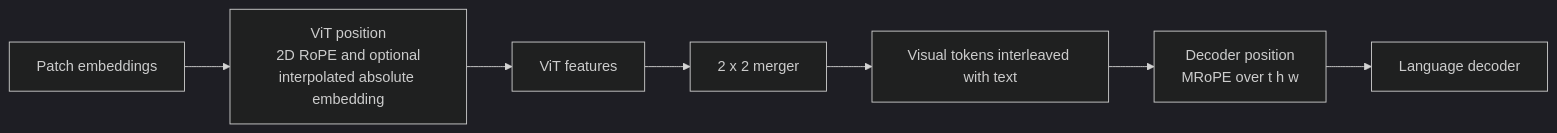
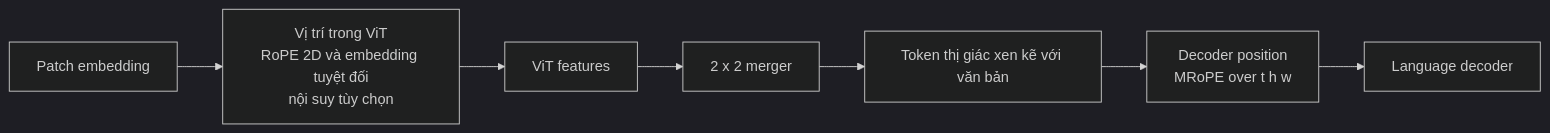
The diagram in docs/research_finding/01-gwen/module_details/Vision_modules/pos_encode.md (cycler04/VinRobotics-VLA), drawn with Mermaid (dark theme) before and after one commit. The commit also changed other lines of this file and 79 other files, not shown here.

````diff
--- a/docs/research_finding/01-gwen/module_details/Vision_modules/pos_encode.md
+++ b/docs/research_finding/01-gwen/module_details/Vision_modules/pos_encode.md
@@ -24,9 +24,9 @@
 ```mermaid
 flowchart LR
-    P[Patch embeddings] --> VP[ViT position<br/>2D RoPE and optional<br/>interpolated absolute embedding]
+    P[Patch embedding] --> VP[Vị trí trong ViT<br/>RoPE 2D và embedding tuyệt đối<br/>nội suy tùy chọn]
     VP --> V[ViT features]
     V --> M[2 x 2 merger]
-    M --> F[Visual tokens interleaved with text]
+    M --> F[Token thị giác xen kẽ với văn bản]
     F --> MP[Decoder position<br/>MRoPE over t h w]
     MP --> L[Language decoder]
 ```
````
